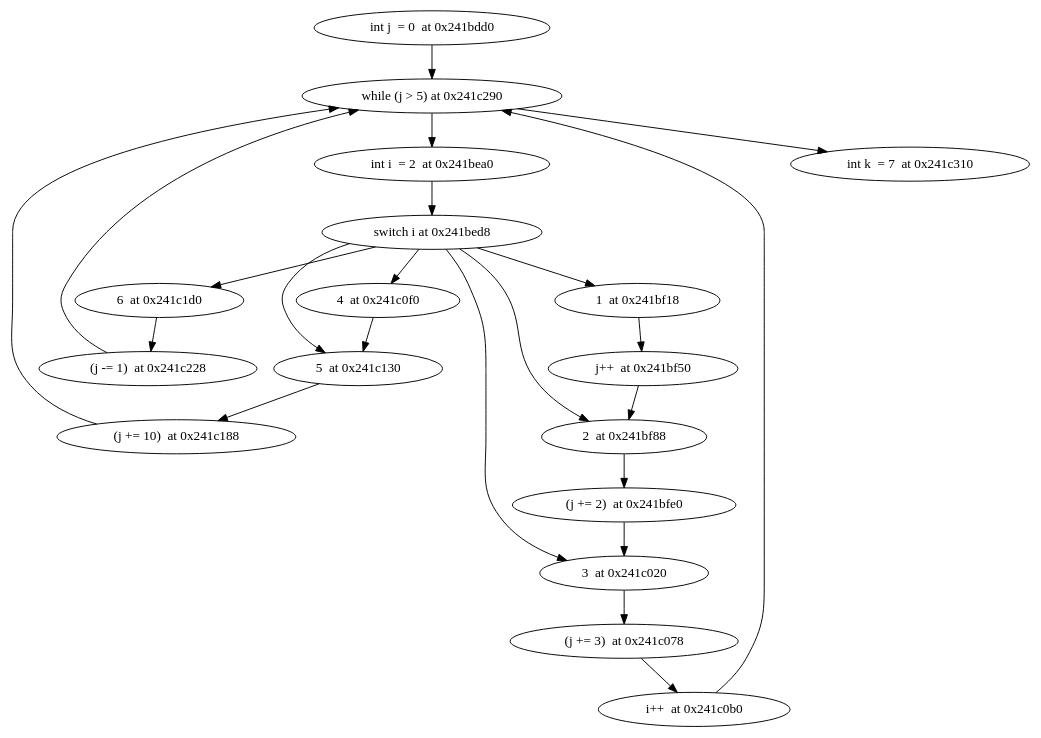
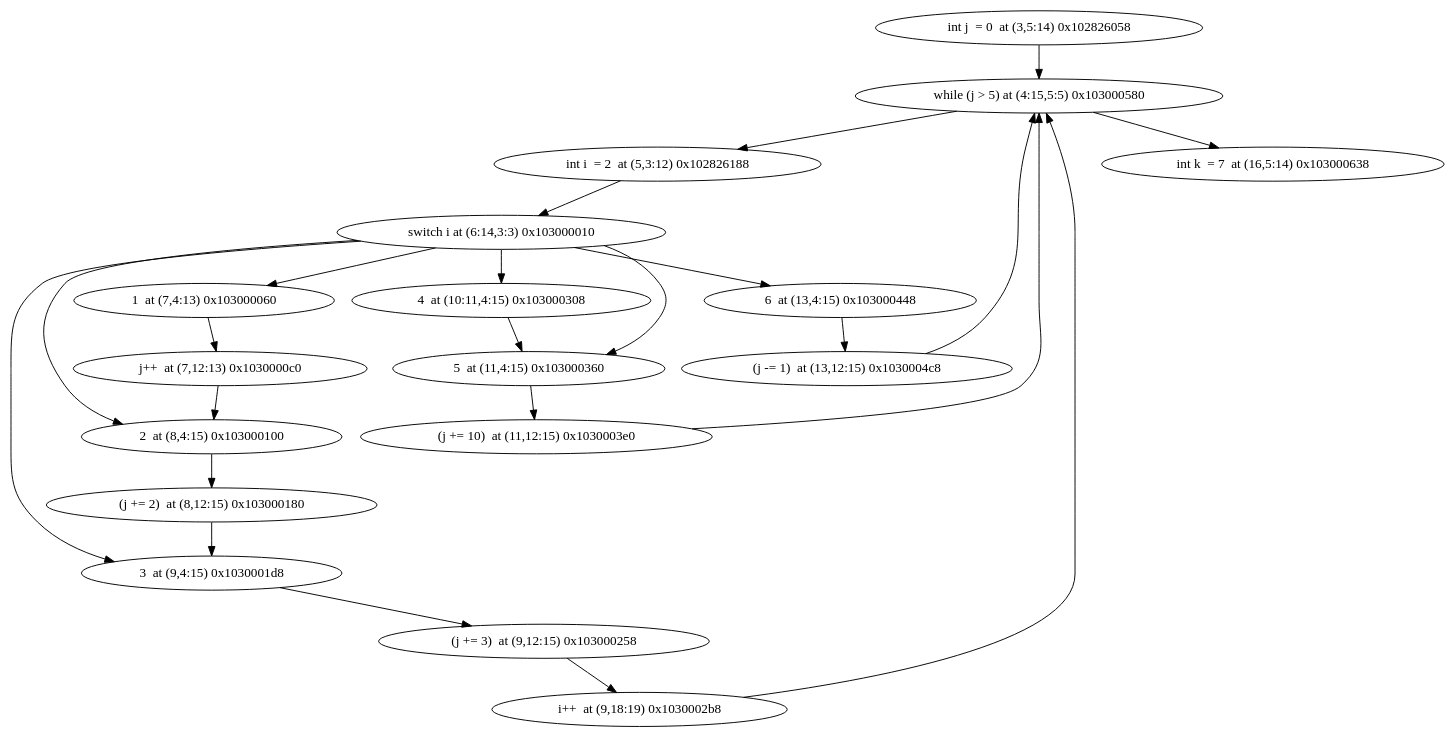
The diagram in ModelChecker/unitary_tests/switch/test.dot (jxw1102/Projet-merou), drawn with Graphviz before and after one commit. The commit also changed 15 other files, not shown here.

```diff
--- a/ModelChecker/unitary_tests/switch/test.dot
+++ b/ModelChecker/unitary_tests/switch/test.dot
@@ -1,24 +1,24 @@
 digraph {
-"int j  = 0  at 0x241bdd0 " -> "while (j > 5) at 0x241c290 "
-"while (j > 5) at 0x241c290 " -> "int i  = 2  at 0x241bea0 "
-"while (j > 5) at 0x241c290 " -> "int k  = 7  at 0x241c310 "
-"int i  = 2  at 0x241bea0 " -> "switch i at 0x241bed8 "
-"switch i at 0x241bed8 " -> "3  at 0x241c020 "
-"switch i at 0x241bed8 " -> "4  at 0x241c0f0 "
-"switch i at 0x241bed8 " -> "1  at 0x241bf18 "
-"switch i at 0x241bed8 " -> "5  at 0x241c130 "
-"switch i at 0x241bed8 " -> "6  at 0x241c1d0 "
-"switch i at 0x241bed8 " -> "2  at 0x241bf88 "
-"3  at 0x241c020 " -> "(j += 3)  at 0x241c078 "
-"(j += 3)  at 0x241c078 " -> "i++  at 0x241c0b0 "
-"i++  at 0x241c0b0 " -> "while (j > 5) at 0x241c290 "
-"4  at 0x241c0f0 " -> "5  at 0x241c130 "
-"5  at 0x241c130 " -> "(j += 10)  at 0x241c188 "
-"(j += 10)  at 0x241c188 " -> "while (j > 5) at 0x241c290 "
-"1  at 0x241bf18 " -> "j++  at 0x241bf50 "
-"j++  at 0x241bf50 " -> "2  at 0x241bf88 "
-"2  at 0x241bf88 " -> "(j += 2)  at 0x241bfe0 "
-"(j += 2)  at 0x241bfe0 " -> "3  at 0x241c020 "
-"6  at 0x241c1d0 " -> "(j -= 1)  at 0x241c228 "
-"(j -= 1)  at 0x241c228 " -> "while (j > 5) at 0x241c290 "
+"int j  = 0  at (3,5:14) 0x102826058" -> "while (j > 5) at (4:15,5:5) 0x103000580"
+"while (j > 5) at (4:15,5:5) 0x103000580" -> "int i  = 2  at (5,3:12) 0x102826188"
+"while (j > 5) at (4:15,5:5) 0x103000580" -> "int k  = 7  at (16,5:14) 0x103000638"
+"int i  = 2  at (5,3:12) 0x102826188" -> "switch i at (6:14,3:3) 0x103000010"
+"switch i at (6:14,3:3) 0x103000010" -> "5  at (11,4:15) 0x103000360"
+"switch i at (6:14,3:3) 0x103000010" -> "2  at (8,4:15) 0x103000100"
+"switch i at (6:14,3:3) 0x103000010" -> "3  at (9,4:15) 0x1030001d8"
+"switch i at (6:14,3:3) 0x103000010" -> "1  at (7,4:13) 0x103000060"
+"switch i at (6:14,3:3) 0x103000010" -> "6  at (13,4:15) 0x103000448"
+"switch i at (6:14,3:3) 0x103000010" -> "4  at (10:11,4:15) 0x103000308"
+"5  at (11,4:15) 0x103000360" -> "(j += 10)  at (11,12:15) 0x1030003e0"
+"(j += 10)  at (11,12:15) 0x1030003e0" -> "while (j > 5) at (4:15,5:5) 0x103000580"
+"2  at (8,4:15) 0x103000100" -> "(j += 2)  at (8,12:15) 0x103000180"
+"(j += 2)  at (8,12:15) 0x103000180" -> "3  at (9,4:15) 0x1030001d8"
+"3  at (9,4:15) 0x1030001d8" -> "(j += 3)  at (9,12:15) 0x103000258"
+"(j += 3)  at (9,12:15) 0x103000258" -> "i++  at (9,18:19) 0x1030002b8"
+"i++  at (9,18:19) 0x1030002b8" -> "while (j > 5) at (4:15,5:5) 0x103000580"
+"1  at (7,4:13) 0x103000060" -> "j++  at (7,12:13) 0x1030000c0"
+"j++  at (7,12:13) 0x1030000c0" -> "2  at (8,4:15) 0x103000100"
+"6  at (13,4:15) 0x103000448" -> "(j -= 1)  at (13,12:15) 0x1030004c8"
+"(j -= 1)  at (13,12:15) 0x1030004c8" -> "while (j > 5) at (4:15,5:5) 0x103000580"
+"4  at (10:11,4:15) 0x103000308" -> "5  at (11,4:15) 0x103000360"
 }
```
